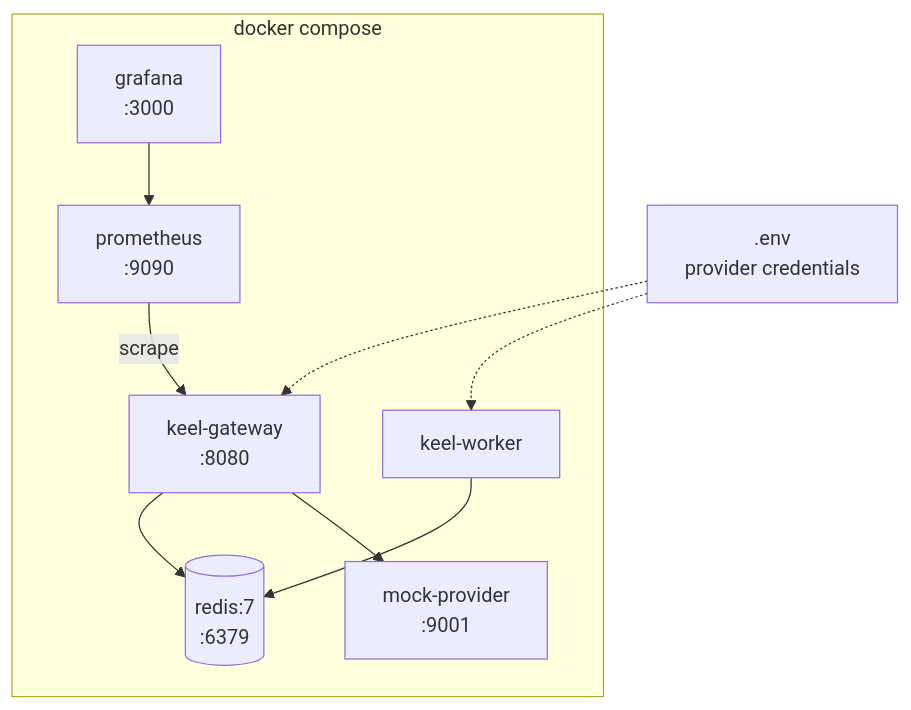
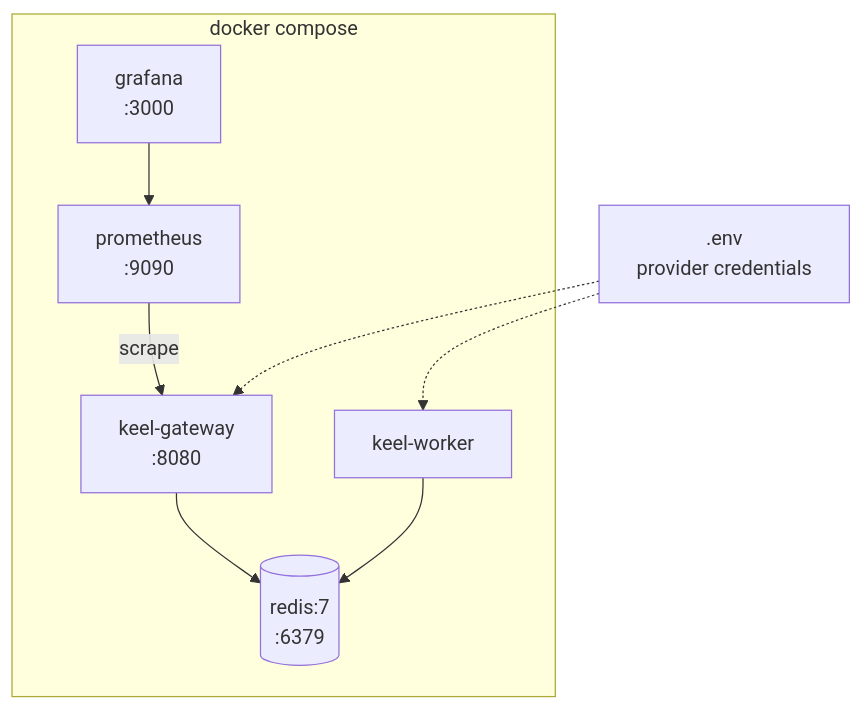
The seventh of 7 diagrams in docs/TECHNICAL-DESIGN.md (Jamil100/keel-gateway), drawn with Mermaid before and after one commit. The commit also changed other lines of this file and 2 other files, not shown here.

Commit message:
Update Phase 2 plan and technical design to reflect mock provider as an in-process adapter

````diff
--- a/docs/TECHNICAL-DESIGN.md
+++ b/docs/TECHNICAL-DESIGN.md
@@ -425,18 +425,16 @@
 ```mermaid
 flowchart TB
     subgraph compose["docker compose"]
         GW["keel-gateway<br/>:8080"]
         WK["keel-worker"]
         RD[("redis:7<br/>:6379")]
         PR["prometheus<br/>:9090"]
         GF["grafana<br/>:3000"]
-        MK["mock-provider<br/>:9001"]
     end
     ENV[".env<br/>provider credentials"] -.-> GW
     ENV -.-> WK
     GW --> RD
     WK --> RD
-    GW --> MK
     PR -->|scrape| GW
     GF --> PR
 ```
````
